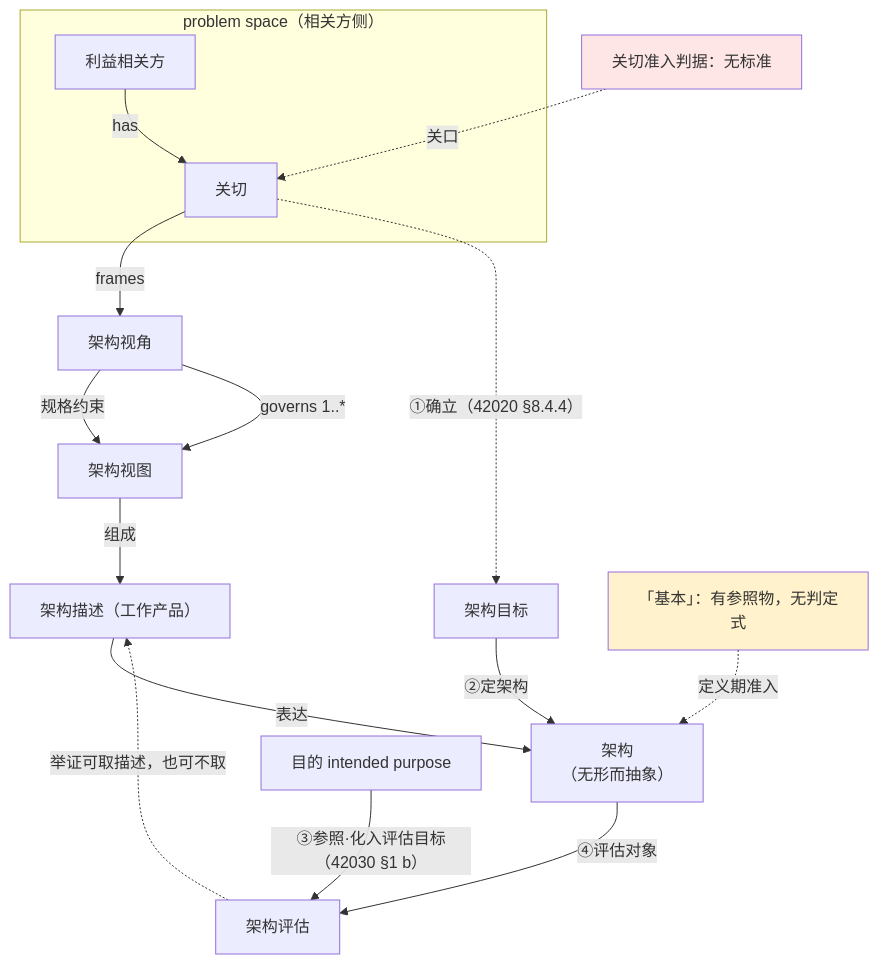
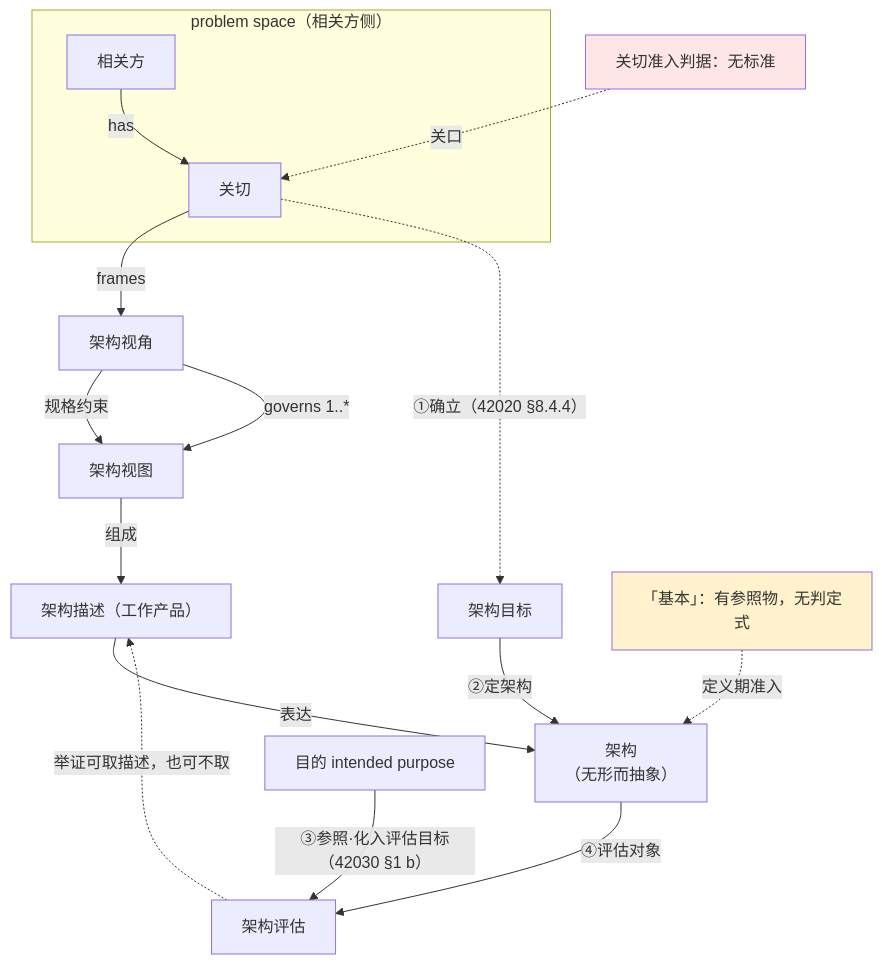
One commit to Yongjunzhou/business-Engineering changed the first of 2 diagrams in 10-系统工程研究/00-系统工程相关研究报告/32-架构视角与关切判据研究报告-从视角集到关切裁决.md. Above: the diagram before and after it, drawn with Mermaid. The commit also changed other lines of this file and 69 other files, not shown here.

````diff
--- a/10-系统工程研究/00-系统工程相关研究报告/32-架构视角与关切判据研究报告-从视角集到关切裁决.md
+++ b/10-系统工程研究/00-系统工程相关研究报告/32-架构视角与关切判据研究报告-从视角集到关切裁决.md
@@ -71,20 +71,20 @@
 ```mermaid
 flowchart TB
     subgraph P["problem space（相关方侧）"]
-        SH["利益相关方"] -->|"has"| C["关切"]
+        SH["相关方"] -->|"has"| C["关切"]
     end
     C -->|"frames"| VP["架构视角"]
     VP -->|"规格约束"| V["架构视图"]
     VP -->|"governs 1..*"| V
     V -->|"组成"| AD["架构描述（工作产品）"]
     AD -->|"表达"| A["架构<br/>（无形而抽象）"]
     C -.->|"①确立（42020 §8.4.4）"| O["架构目标"]
     O -->|"②定架构"| A
     PP["目的 intended purpose"] -->|"③参照·化入评估目标（42030 §1 b）"| EV["架构评估"]
     A -->|"④评估对象"| EV
     EV -.->|"举证可取描述，也可不取"| AD
     N1["「基本」：有参照物，无判定式"] -.->|"定义期准入"| A
     N2["关切准入判据：无标准"] -.->|"关口"| C
     style N1 fill:#fff2cc
     style N2 fill:#ffe6e6
 ```
````
